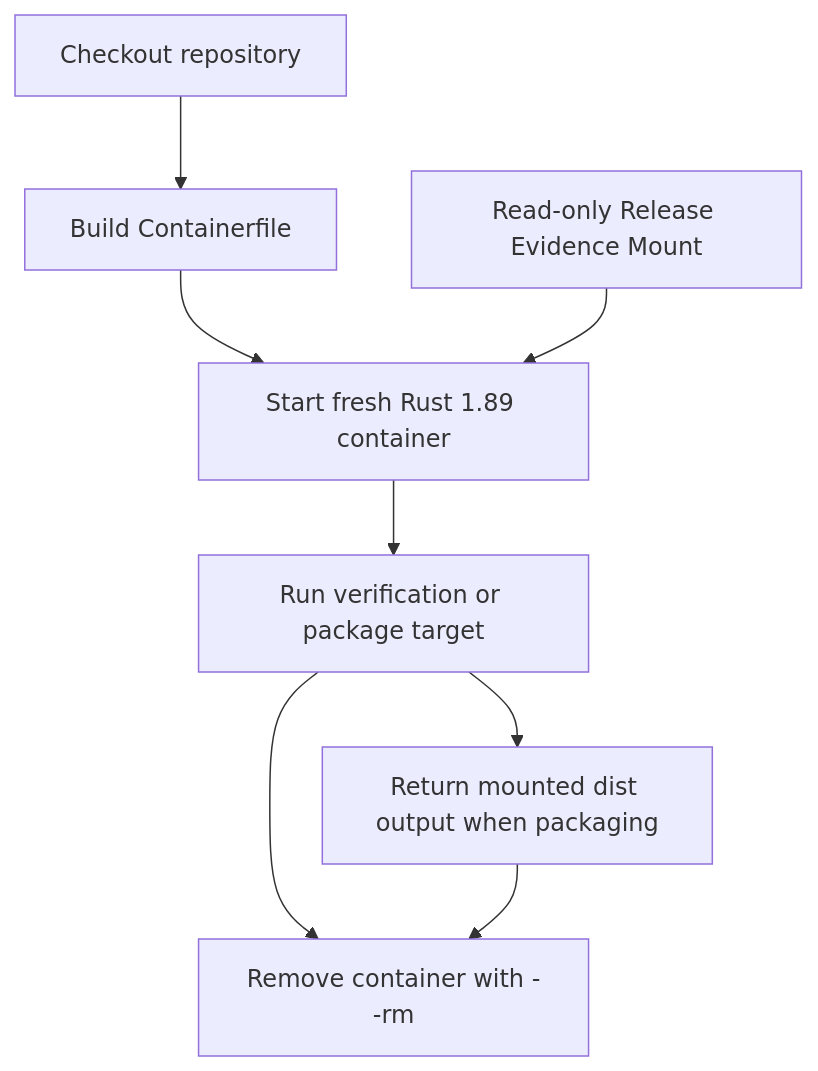
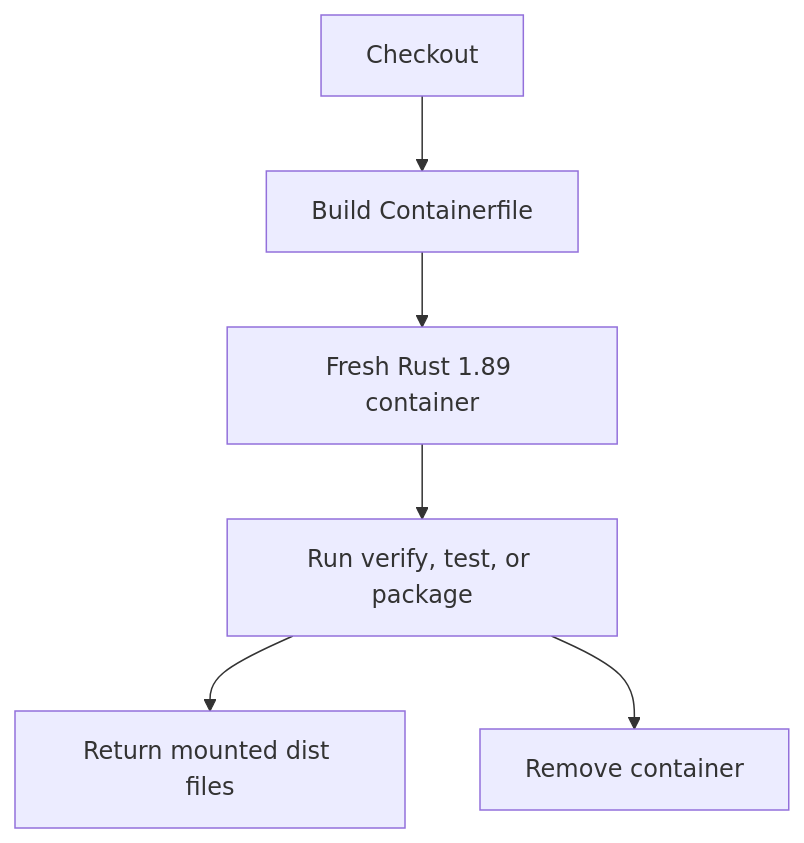
The diagram in docs/containers.md (airscripts/toen), drawn with Mermaid before and after one commit. The commit also changed other lines of this file and 88 other files, not shown here.

````diff
--- a/docs/containers.md
+++ b/docs/containers.md
@@ -45,10 +27,8 @@
 ```mermaid
 flowchart TD
-    checkout[Checkout repository] --> image[Build Containerfile]
-    image --> runtime[Start fresh Rust 1.89 container]
-    evidence[Read-only Release Evidence Mount] --> runtime
-    runtime --> gate[Run verification or package target]
-    gate --> output[Return mounted dist output when packaging]
-    gate --> discard[Remove container with --rm]
-    output --> discard
+    checkout[Checkout] --> image[Build Containerfile]
+    image --> runtime[Fresh Rust 1.89 container]
+    runtime --> gate[Run verify, test, or package]
+    gate --> output[Return mounted dist files]
+    gate --> discard[Remove container]
 ```
````
